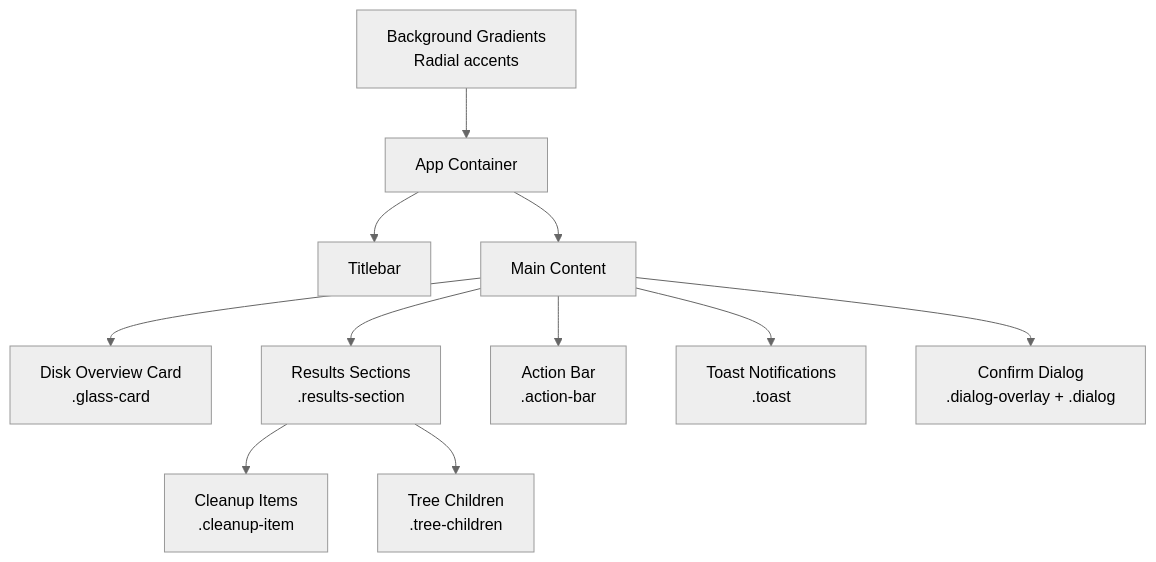
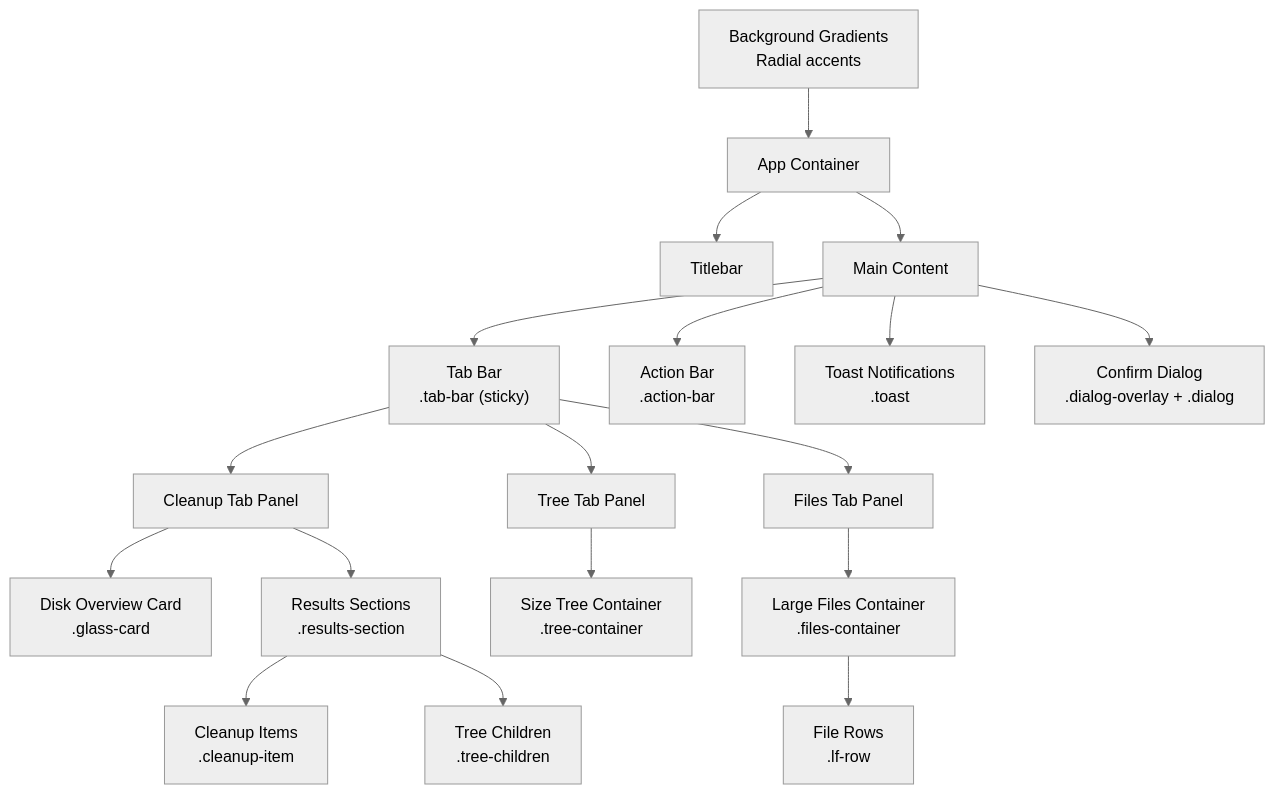
The second of 10 diagrams in .qoder/repowiki/en/content/Technical Implementation Details/Frontend Architecture (TypeScript)/Glassmorphism Styling & Visual Design.md (mrtruongleo/FreeSpaceMacos), drawn with Mermaid (neutral theme) before and after one commit. The commit also changed other lines of this file and 31 other files, not shown here.

````diff
--- a/.qoder/repowiki/en/content/Technical Implementation Details/Frontend Architecture (TypeScript)/Glassmorphism Styling & Visual Design.md
+++ b/.qoder/repowiki/en/content/Technical Implementation Details/Frontend Architecture (TypeScript)/Glassmorphism Styling & Visual Design.md
@@ -84,13 +112,20 @@
 ```mermaid
 graph TB
 BG["Background Gradients<br/>Radial accents"] --> App["App Container"]
 App --> Titlebar["Titlebar"]
 App --> Main["Main Content"]
-Main --> DiskCard["Disk Overview Card<br/>.glass-card"]
-Main --> Results["Results Sections<br/>.results-section"]
+Main --> TabBar["Tab Bar<br/>.tab-bar (sticky)"]
+TabBar --> CleanupTab["Cleanup Tab Panel"]
+TabBar --> TreeTab["Tree Tab Panel"]
+TabBar --> FilesTab["Files Tab Panel"]
+CleanupTab --> DiskCard["Disk Overview Card<br/>.glass-card"]
+CleanupTab --> Results["Results Sections<br/>.results-section"]
 Results --> Items["Cleanup Items<br/>.cleanup-item"]
 Results --> Tree["Tree Children<br/>.tree-children"]
+TreeTab --> TreeContainer["Size Tree Container<br/>.tree-container"]
+FilesTab --> FilesContainer["Large Files Container<br/>.files-container"]
+FilesContainer --> FileRows["File Rows<br/>.lf-row"]
 Main --> ActionBar["Action Bar<br/>.action-bar"]
 Main --> Toasts["Toast Notifications<br/>.toast"]
 Main --> Dialog["Confirm Dialog<br/>.dialog-overlay + .dialog"]
 ```
````
